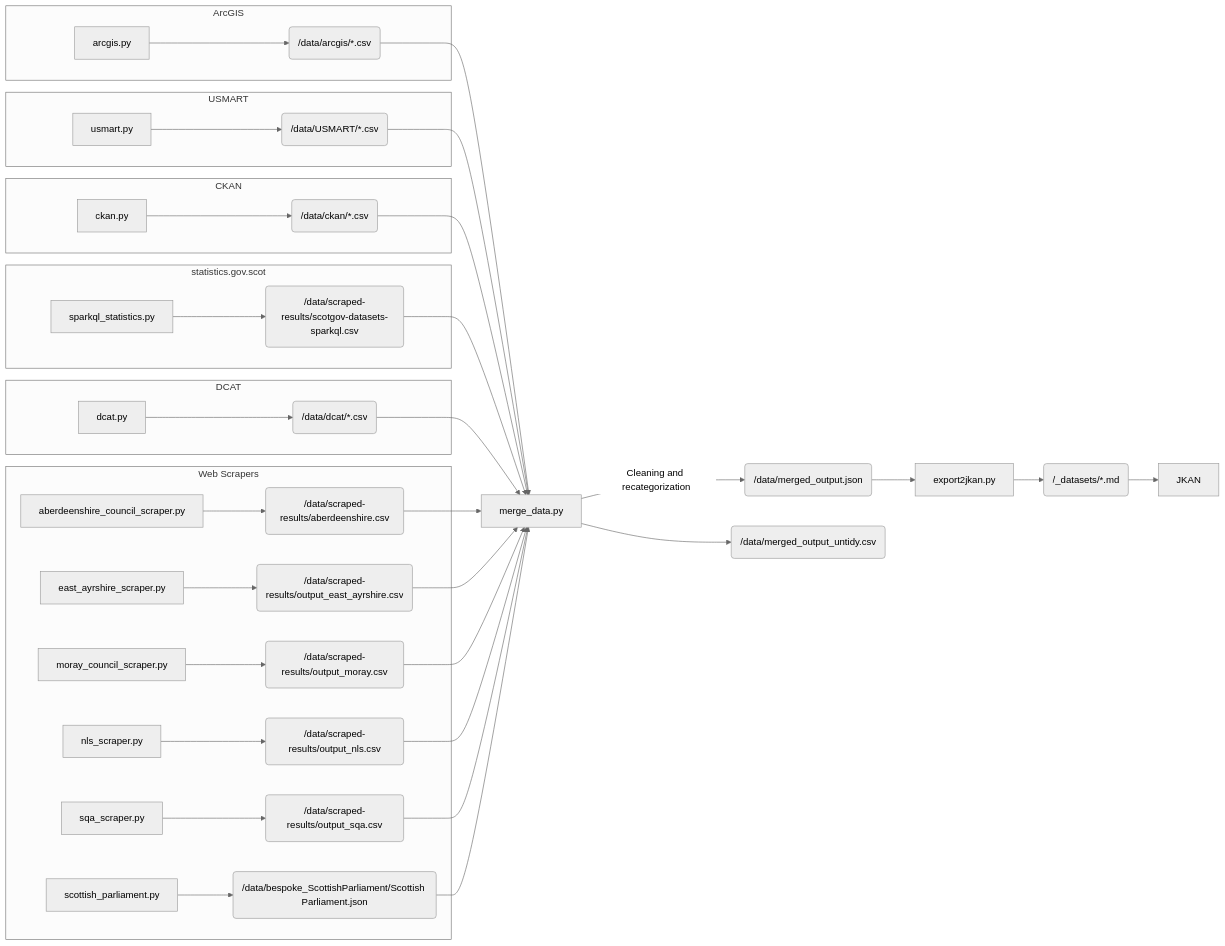
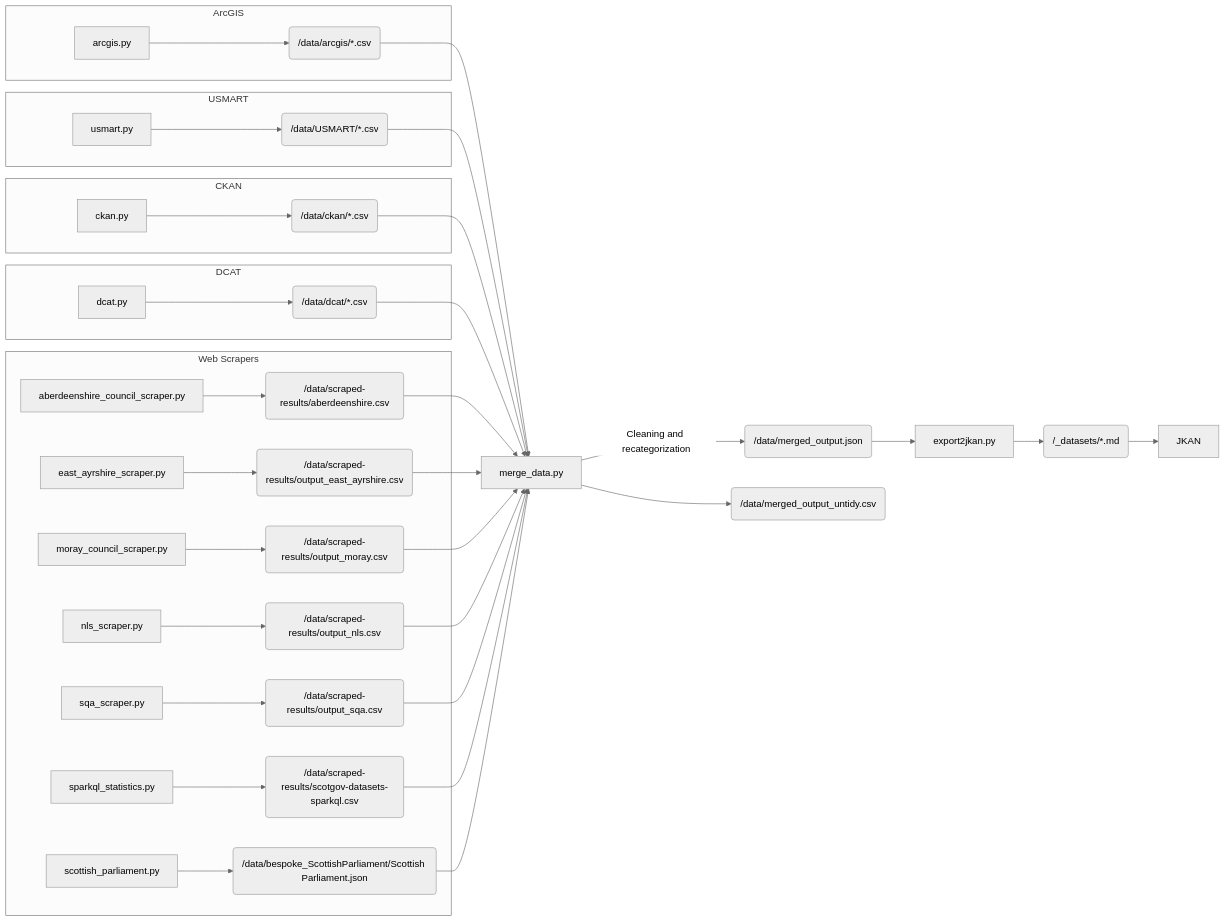
Before and after one commit to OpenDataScotland/opendata.scot_docs: the diagram in docs/architecture/architecture.md, drawn with Mermaid (neutral theme).

Commit message:
docs: updated statistics gov position in architecture

````diff
--- a/docs/architecture/architecture.md
+++ b/docs/architecture/architecture.md
@@ -6,42 +6,40 @@
 ```mermaid
 graph LR
     subgraph ArcGIS
     arcgis1[arcgis.py] --> arcgis2(/data/arcgis/*.csv)
     end
     subgraph USMART
     usmart1[usmart.py] --> usmart2(/data/USMART/*.csv)
     end
     subgraph CKAN
     ckan1[ckan.py] --> ckan2(/data/ckan/*.csv)
     end
-    subgraph statistics.gov.scot
-    stats1[sparkql_statistics.py] --> stats2(/data/scraped-results/scotgov-datasets-sparkql.csv)
-    end
     subgraph DCAT
     dcat1[dcat.py] --> dcat2(/data/dcat/*.csv)
     end
     subgraph Web Scrapers
     abdn1[aberdeenshire_council_scraper.py] --> abdn2(/data/scraped-results/aberdeenshire.csv)
     ea1[east_ayrshire_scraper.py] --> ea2(/data/scraped-results/output_east_ayrshire.csv)
     moray1[moray_council_scraper.py] --> moray2(/data/scraped-results/output_moray.csv)
     nls1[nls_scraper.py] --> nls2(/data/scraped-results/output_nls.csv)
     sqa1[sqa_scraper.py] --> sqa2(/data/scraped-results/output_sqa.csv)
+    stats1[sparkql_statistics.py] --> stats2(/data/scraped-results/scotgov-datasets-sparkql.csv)
     sparl1[scottish_parliament.py] --> sparl2(/data/bespoke_ScottishParliament/Scottish Parliament.json)
     end
     arcgis2 --> merge
     usmart2 --> merge
     ckan2 --> merge
-    stats2 --> merge
     dcat2 --> merge
     abdn2 --> merge
     ea2 --> merge
     moray2 --> merge
     nls2 --> merge
     sqa2 --> merge
+    stats2 --> merge
     sparl2 --> merge
     merge[merge_data.py] --Cleaning and recategorization--> merge1(/data/merged_output.json)
     merge --> merge2(/data/merged_output_untidy.csv)
     merge1 --> export[export2jkan.py]
     export --> jkan1(/_datasets/*.md)
     jkan1 --> jkan2[JKAN]
 ```
````
